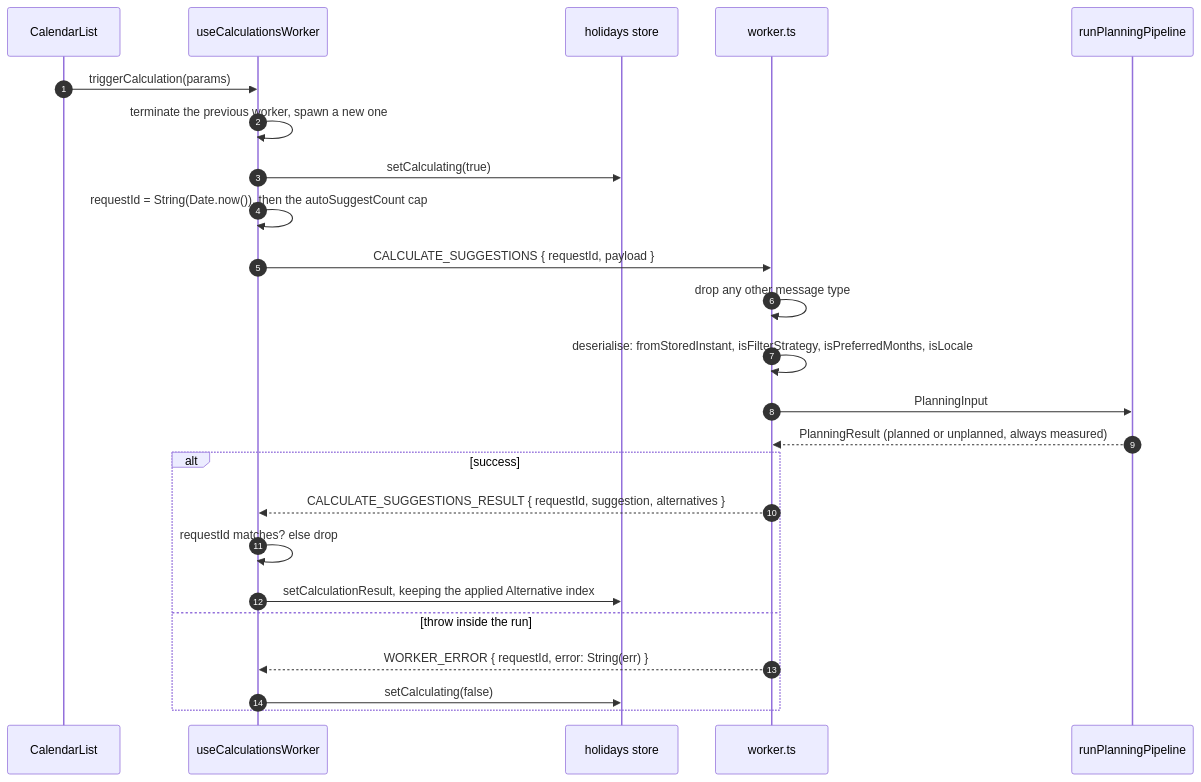
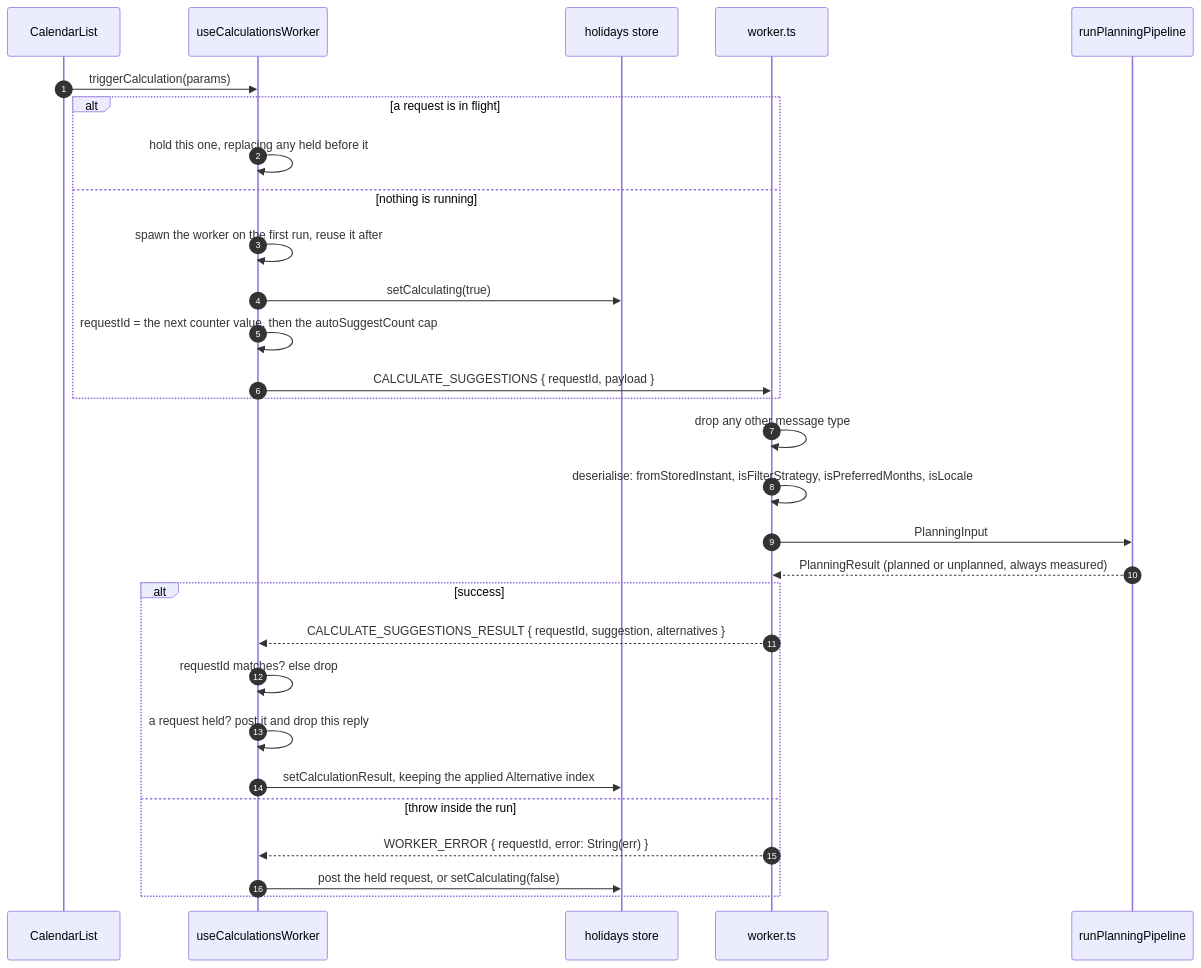
Before and after one commit to fbuireu/forever-pto: the first of 2 diagrams in apps/docs/src/content/docs/how-it-works/calculation-worker.mdx, drawn with Mermaid. The commit also changed other lines of this file and 19 other files, not shown here.

````diff
--- a/apps/docs/src/content/docs/how-it-works/calculation-worker.mdx
+++ b/apps/docs/src/content/docs/how-it-works/calculation-worker.mdx
@@ -16,26 +16,31 @@
 ```mermaid
 sequenceDiagram
   autonumber
   participant CL as CalendarList
   participant HK as useCalculationsWorker
   participant HS as holidays store
   participant WK as worker.ts
   participant PL as runPlanningPipeline
   CL->>HK: triggerCalculation(params)
-  HK->>HK: terminate the previous worker, spawn a new one
-  HK->>HS: setCalculating(true)
-  HK->>HK: requestId = String(Date.now()), then the autoSuggestCount cap
-  HK->>WK: CALCULATE_SUGGESTIONS { requestId, payload }
+  alt a request is in flight
+    HK->>HK: hold this one, replacing any held before it
+  else nothing is running
+    HK->>HK: spawn the worker on the first run, reuse it after
+    HK->>HS: setCalculating(true)
+    HK->>HK: requestId = the next counter value, then the autoSuggestCount cap
+    HK->>WK: CALCULATE_SUGGESTIONS { requestId, payload }
+  end
   WK->>WK: drop any other message type
   WK->>WK: deserialise: fromStoredInstant, isFilterStrategy, isPreferredMonths, isLocale
   WK->>PL: PlanningInput
   PL-->>WK: PlanningResult (planned or unplanned, always measured)
   alt success
     WK-->>HK: CALCULATE_SUGGESTIONS_RESULT { requestId, suggestion, alternatives }
     HK->>HK: requestId matches? else drop
+    HK->>HK: a request held? post it and drop this reply
     HK->>HS: setCalculationResult, keeping the applied Alternative index
   else throw inside the run
     WK-->>HK: WORKER_ERROR { requestId, error: String(err) }
-    HK->>HS: setCalculating(false)
+    HK->>HS: post the held request, or setCalculating(false)
   end
 ```
````
